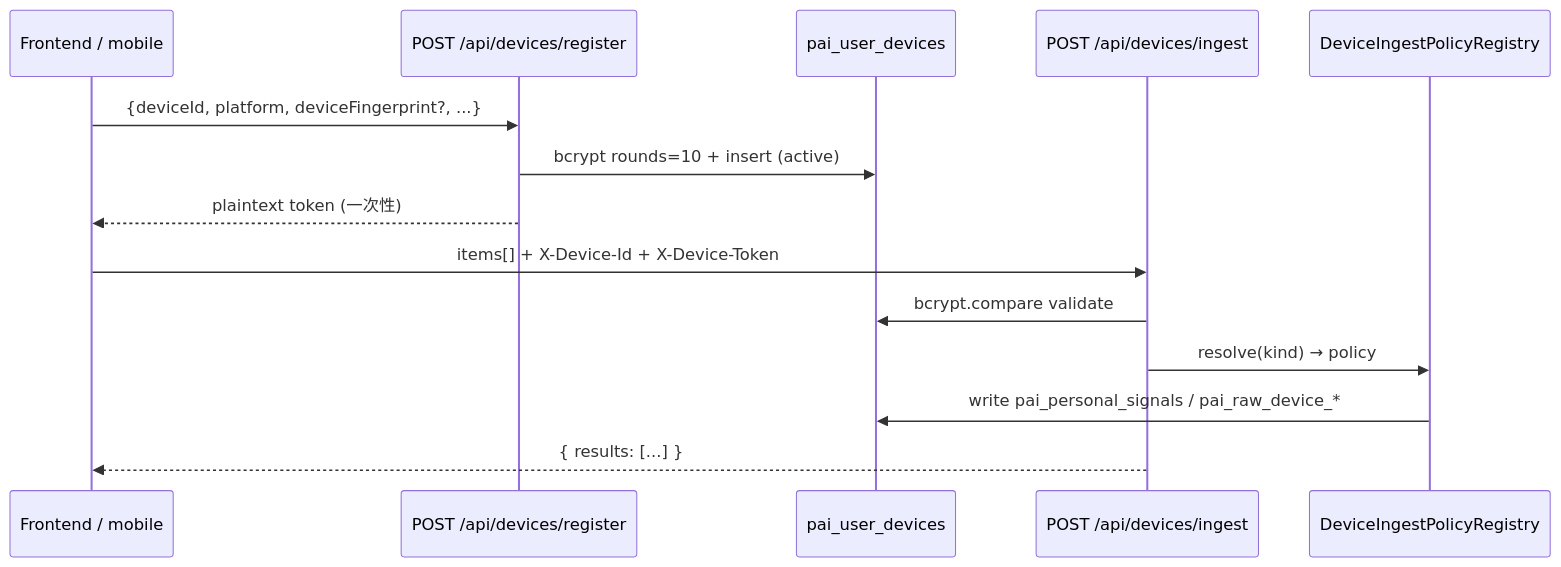
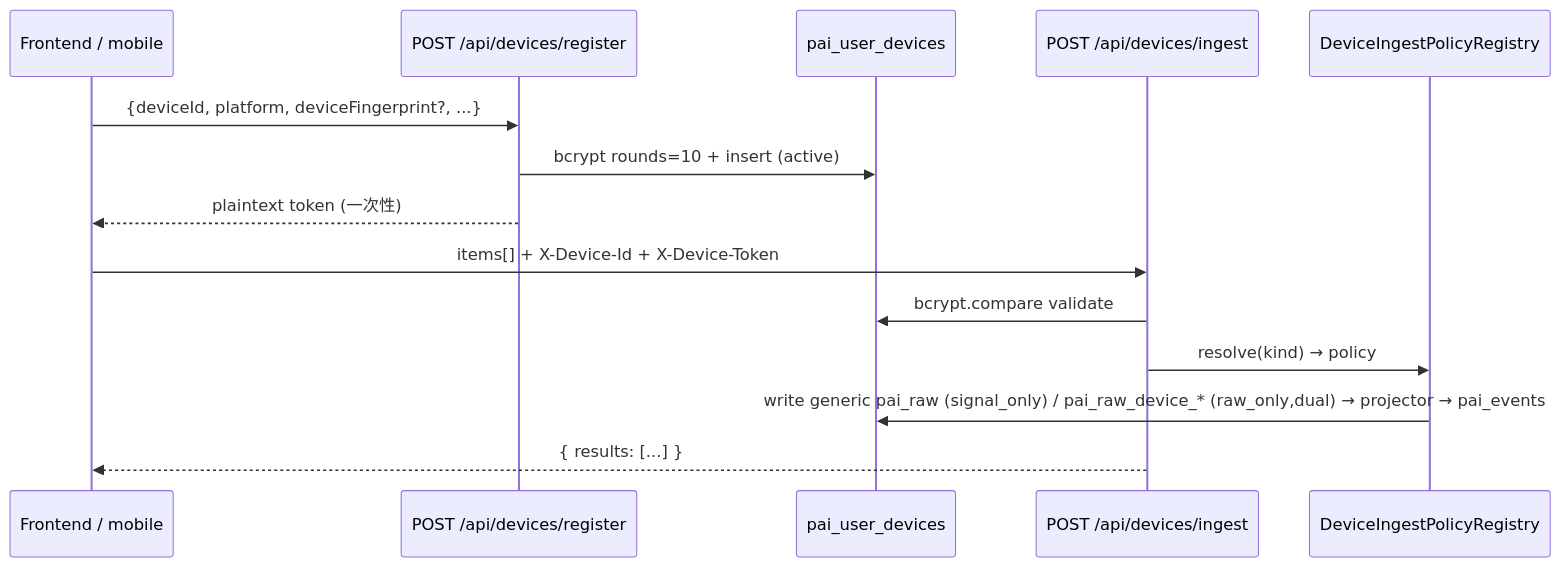
The fourth of 4 diagrams in docs/modules/data-connectors.mdx (Edge-AI-HQ/proactive-assistant), drawn with Mermaid before and after one commit. The commit also changed other lines of this file and 326 other files, not shown here.

First line of the commit message:
refactor(memory): lifelong-memory three-layer refactor + legacy architecture sunset (#215)

````diff
--- a/docs/modules/data-connectors.mdx
+++ b/docs/modules/data-connectors.mdx
@@ -194,17 +195,17 @@
 ```mermaid
 sequenceDiagram
   participant FE as Frontend / mobile
   participant Reg as POST /api/devices/register
   participant DB as pai_user_devices
   participant Ing as POST /api/devices/ingest
   participant Policy as DeviceIngestPolicyRegistry
 
   FE->>Reg: {deviceId, platform, deviceFingerprint?, ...}
   Reg->>DB: bcrypt rounds=10 + insert (active)
   Reg-->>FE: plaintext token (一次性)
   FE->>Ing: items[] + X-Device-Id + X-Device-Token
   Ing->>DB: bcrypt.compare validate
   Ing->>Policy: resolve(kind) → policy
-  Policy->>DB: write pai_personal_signals / pai_raw_device_*
+  Policy->>DB: write generic pai_raw (signal_only) / pai_raw_device_* (raw_only,dual) → projector → pai_events
   Ing-->>FE: { results: [...] }
 ```
````
